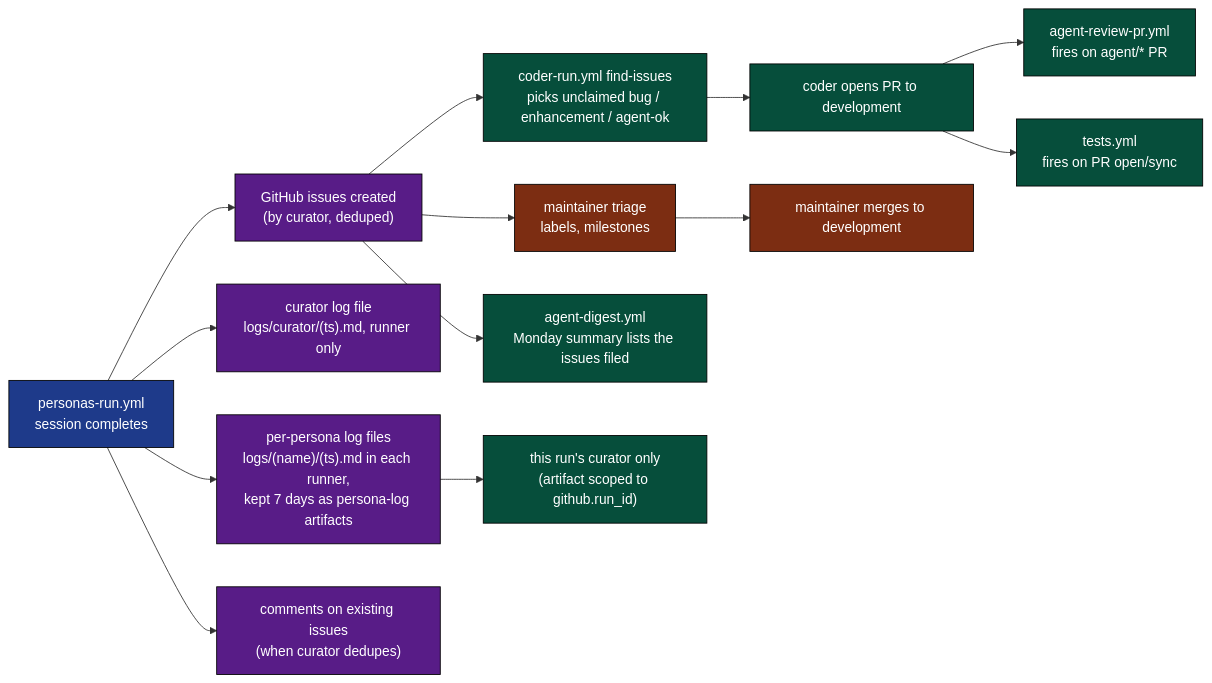
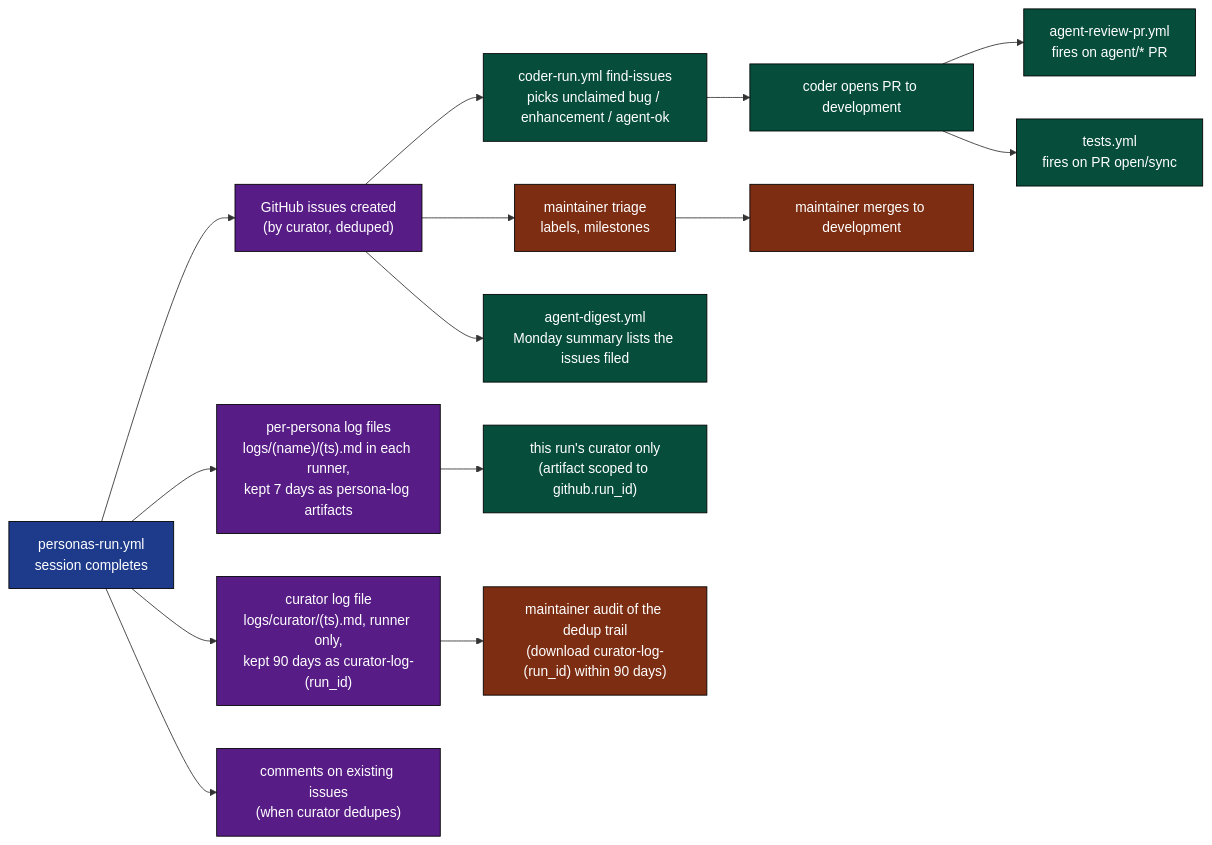
The ninth of 12 diagrams in .github/docs/PERSONAS_RUN_DEEP_DIVE.md (llm-exe/llm-exe), drawn with Mermaid before and after one commit. The commit also changed other lines of this file and 3 other files, not shown here.

Commit message:
docs: sync personas deep dive and architecture after personas-run.yml curator log artifact

````diff
--- a/.github/docs/PERSONAS_RUN_DEEP_DIVE.md
+++ b/.github/docs/PERSONAS_RUN_DEEP_DIVE.md
@@ -552,25 +558,26 @@
 ```mermaid
 flowchart LR
     classDef src fill:#1e3a8a,color:#fff,stroke:#000
     classDef out fill:#581c87,color:#fff,stroke:#000
     classDef cons fill:#064e3b,color:#fff,stroke:#000
     classDef human fill:#7c2d12,color:#fff,stroke:#000
 
     PR["personas-run.yml\nsession completes"]:::src
 
     PR --> O1["per-persona log files\nlogs/(name)/(ts).md in each runner,\nkept 7 days as persona-log artifacts"]:::out
-    PR --> O2["curator log file\nlogs/curator/(ts).md, runner only"]:::out
+    PR --> O2["curator log file\nlogs/curator/(ts).md, runner only,\nkept 90 days as curator-log-(run_id)"]:::out
     PR --> O3["GitHub issues created\n(by curator, deduped)"]:::out
     PR --> O4["comments on existing issues\n(when curator dedupes)"]:::out
 
     O3 --> C1["coder-run.yml find-issues\npicks unclaimed bug / enhancement / agent-ok"]:::cons
     O3 --> C2["maintainer triage\nlabels, milestones"]:::human
     O3 --> C5["agent-digest.yml\nMonday summary lists the issues filed"]:::cons
 
     O1 --> C4["this run's curator only\n(artifact scoped to github.run_id)"]:::cons
+    O2 --> C9["maintainer audit of the dedup trail\n(download curator-log-(run_id) within 90 days)"]:::human
 
     C1 --> C6["coder opens PR to development"]:::cons
     C6 --> C7["agent-review-pr.yml\nfires on agent/* PR"]:::cons
     C6 --> C8["tests.yml\nfires on PR open/sync"]:::cons
     C2 --> M["maintainer merges to development"]:::human
 ```
````
